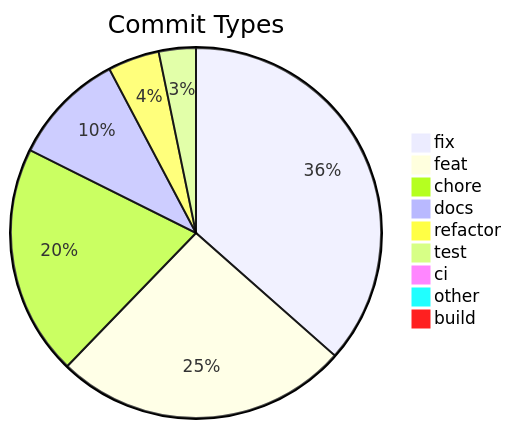
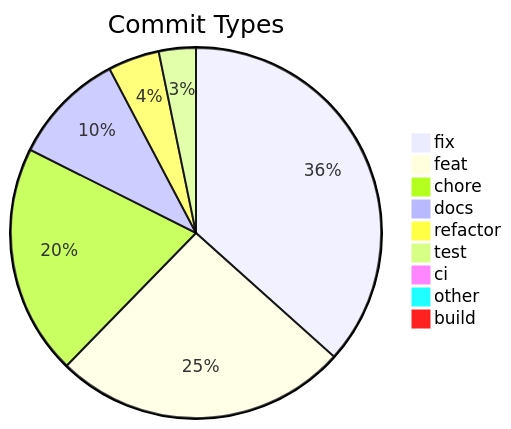
One commit to svenroth-ai/shipwright-webui changed the diagram in .shipwright/compliance/change-history.md. Above: the diagram before and after it, drawn with Mermaid. The commit also changed other lines of this file and 15 other files, not shown here.

````diff
--- a/.shipwright/compliance/change-history.md
+++ b/.shipwright/compliance/change-history.md
@@ -8,12 +8,12 @@
 ```mermaid
 pie title Commit Types
-    "fix" : 203
+    "fix" : 204
     "feat" : 143
     "chore" : 112
     "docs" : 55
     "refactor" : 25
     "test" : 18
     "ci" : 5
     "other" : 4
     "build" : 1
 ```
````
